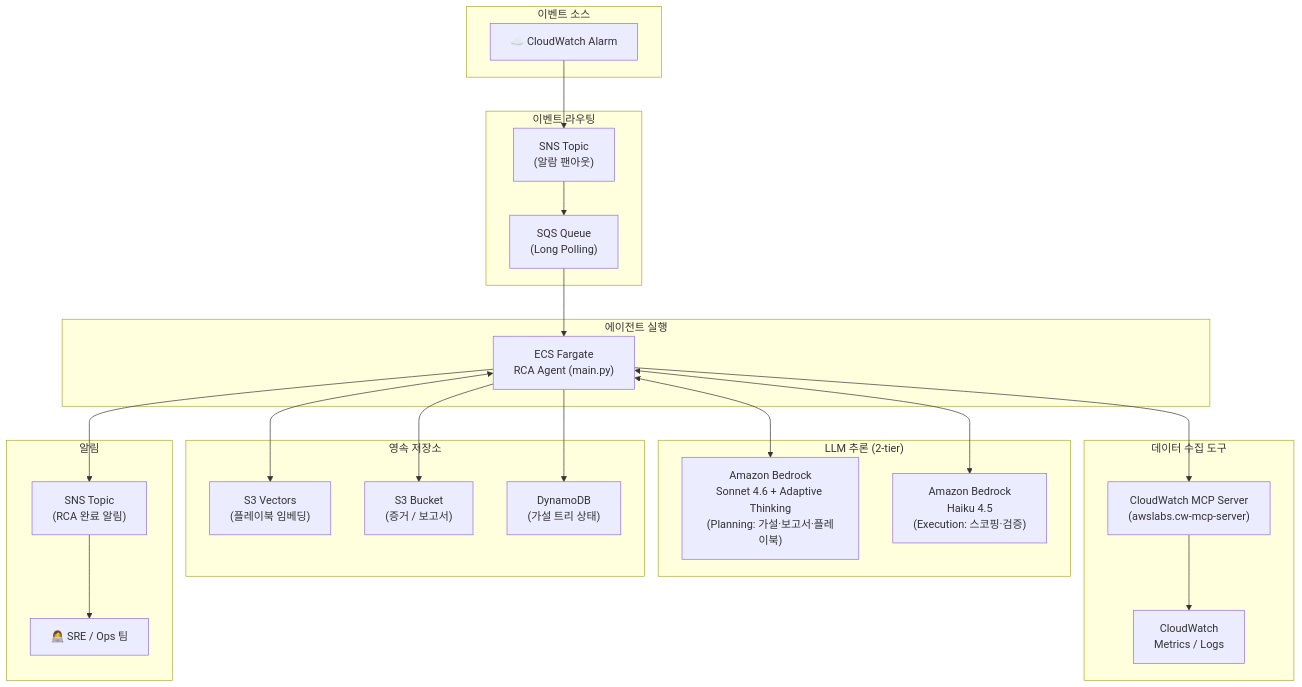
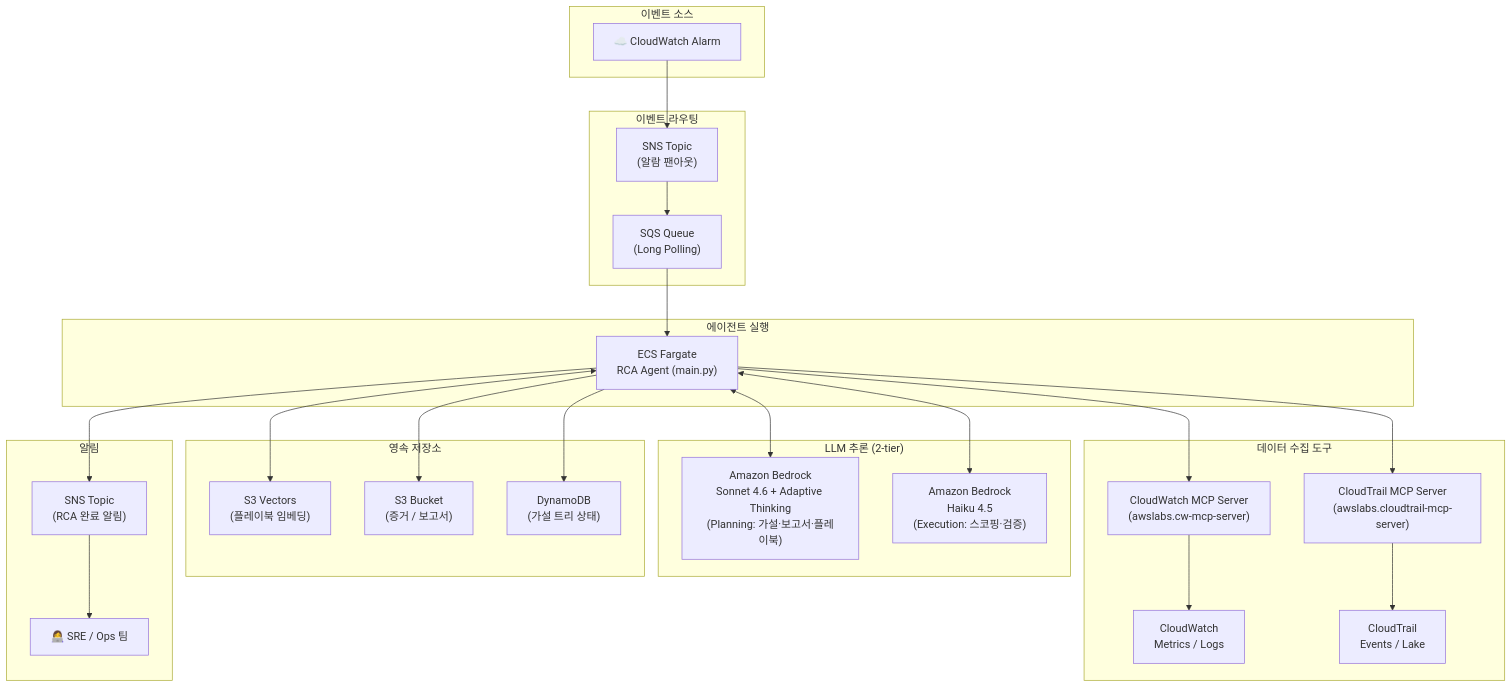
Before and after one commit to haandol/rca-agent: the first of 3 diagrams in AGENTS.md, drawn with Mermaid. The commit also changed other lines of this file and 12 other files, not shown here.

First line of the commit message:
feat: implement evidence collection layer, DynamoDB session management, and architecture docs

````diff
--- a/AGENTS.md
+++ b/AGENTS.md
@@ -72,45 +72,48 @@
 ```mermaid
 graph TB
     subgraph EventSource["이벤트 소스"]
         CW_ALARM["☁️ CloudWatch Alarm"]
     end
 
     subgraph Messaging["이벤트 라우팅"]
         SNS_IN["SNS Topic<br/>(알람 팬아웃)"]
         SQS["SQS Queue<br/>(Long Polling)"]
     end
 
     subgraph Compute["에이전트 실행"]
         ECS["ECS Fargate<br/>RCA Agent (main.py)"]
     end
 
     subgraph LLM["LLM 추론 (2-tier)"]
         BEDROCK_PLAN["Amazon Bedrock<br/>Sonnet 4.6 + Adaptive Thinking<br/>(Planning: 가설·보고서·플레이북)"]
         BEDROCK_EXEC["Amazon Bedrock<br/>Haiku 4.5<br/>(Execution: 스코핑·검증)"]
     end
 
     subgraph DataTools["데이터 수집 도구"]
         CW_MCP["CloudWatch MCP Server<br/>(awslabs.cw-mcp-server)"]
+        CT_MCP["CloudTrail MCP Server<br/>(awslabs.cloudtrail-mcp-server)"]
         CW_API["CloudWatch<br/>Metrics / Logs"]
+        CT_API["CloudTrail<br/>Events / Lake"]
     end
 
     subgraph Storage["영속 저장소"]
         S3_VECTORS["S3 Vectors<br/>(플레이북 임베딩)"]
         S3["S3 Bucket<br/>(증거 / 보고서)"]
         DDB["DynamoDB<br/>(가설 트리 상태)"]
     end
 
     subgraph Notification["알림"]
         SNS_OUT["SNS Topic<br/>(RCA 완료 알림)"]
         SRE["👩‍💻 SRE / Ops 팀"]
     end
 
     CW_ALARM --> SNS_IN --> SQS --> ECS
     ECS <--> BEDROCK_PLAN
     ECS <--> BEDROCK_EXEC
     ECS --> CW_MCP --> CW_API
+    ECS --> CT_MCP --> CT_API
     ECS <--> S3_VECTORS
     ECS --> S3
     ECS --> DDB
     ECS --> SNS_OUT --> SRE
 ```
````
